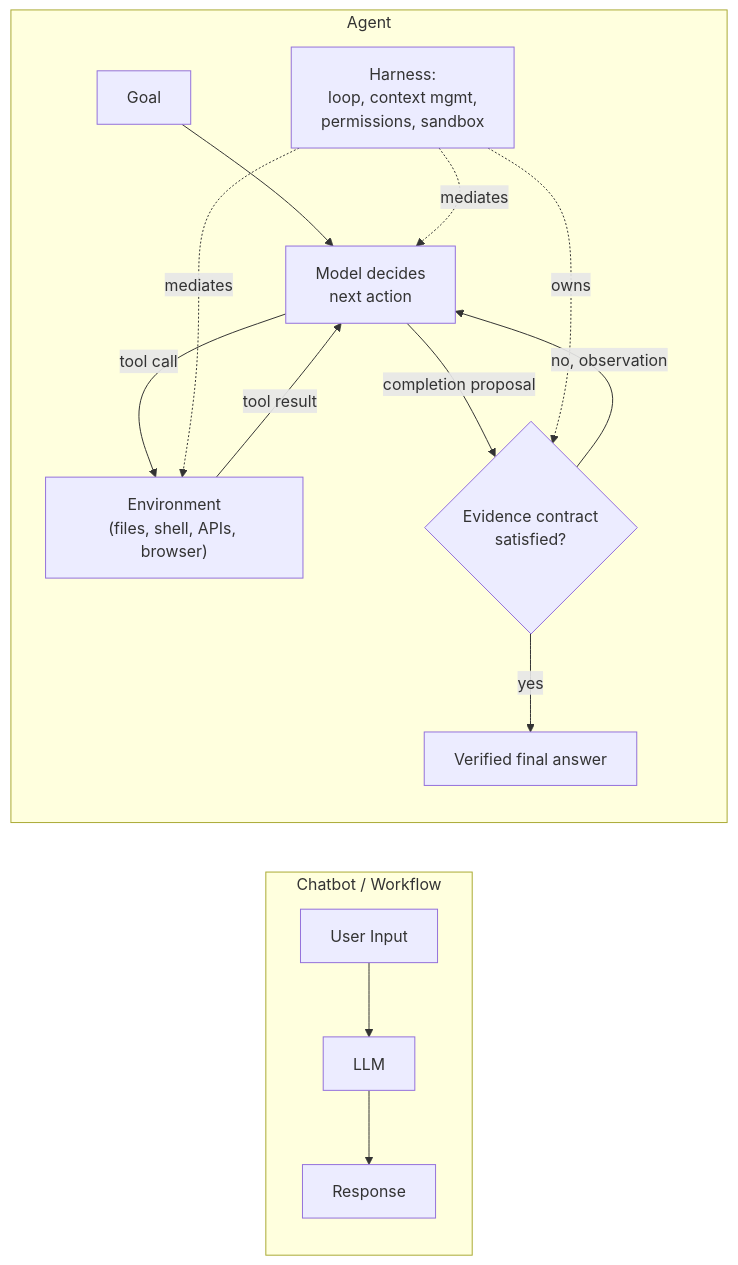
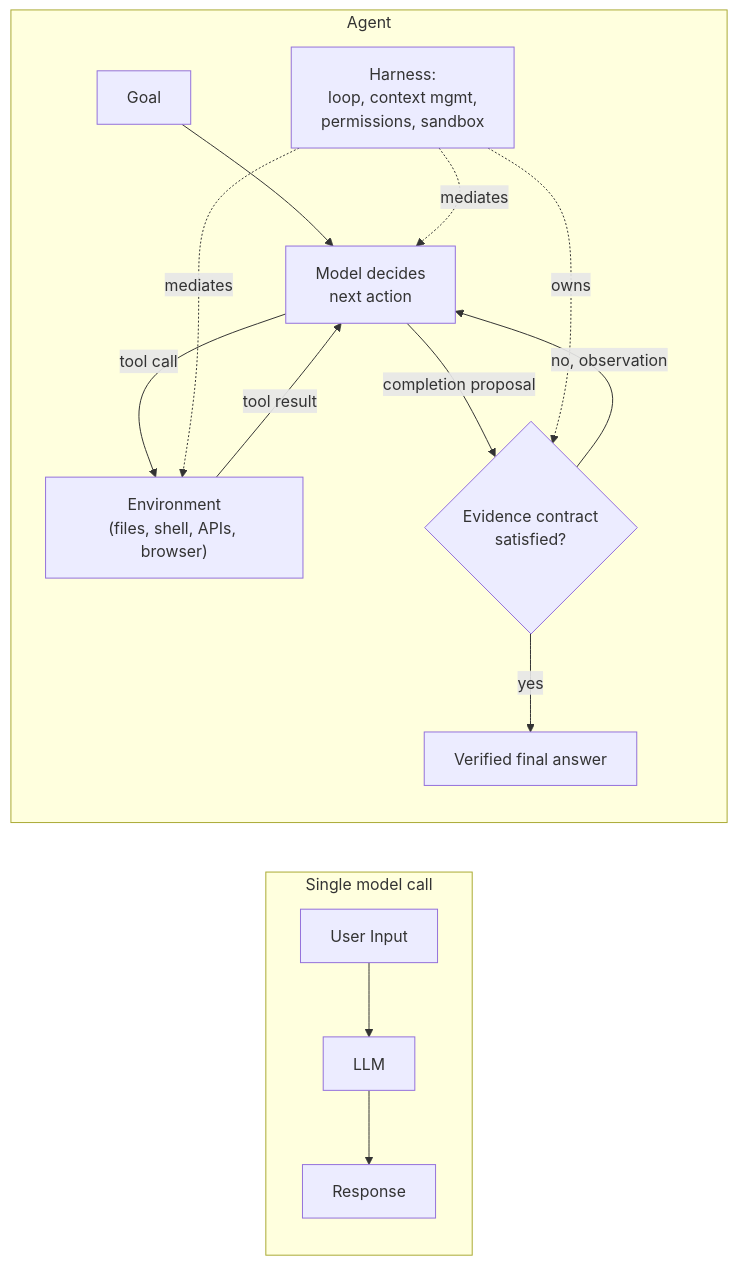
The first of 4 diagrams in 17-llm-systems/01-agent-fundamentals.md (babushkai/system-design-patterns), drawn with Mermaid before and after one commit. The commit also changed other lines of this file and 11 other files, not shown here.

````diff
--- a/17-llm-systems/01-agent-fundamentals.md
+++ b/17-llm-systems/01-agent-fundamentals.md
@@ -13,19 +13,19 @@
 ```mermaid
 graph LR
-    subgraph CHATBOT["Chatbot / Workflow"]
+    subgraph CHATBOT["Single model call"]
         UI1["User Input"] --> LLM1["LLM"] --> R1["Response"]
     end
 
     subgraph AGENT["Agent"]
         UG["Goal"] --> M["Model decides<br/>next action"]
         M -->|tool call| ENV["Environment<br/>(files, shell, APIs, browser)"]
         ENV -->|tool result| M
         M -->|completion proposal| V{"Evidence contract<br/>satisfied?"}
         V -->|yes| DONE["Verified final answer"]
         V -->|no, observation| M
 
         HARNESS["Harness:<br/>loop, context mgmt,<br/>permissions, sandbox"] -.->|mediates| M
         HARNESS -.->|mediates| ENV
         HARNESS -.->|owns| V
     end
 ```
````
